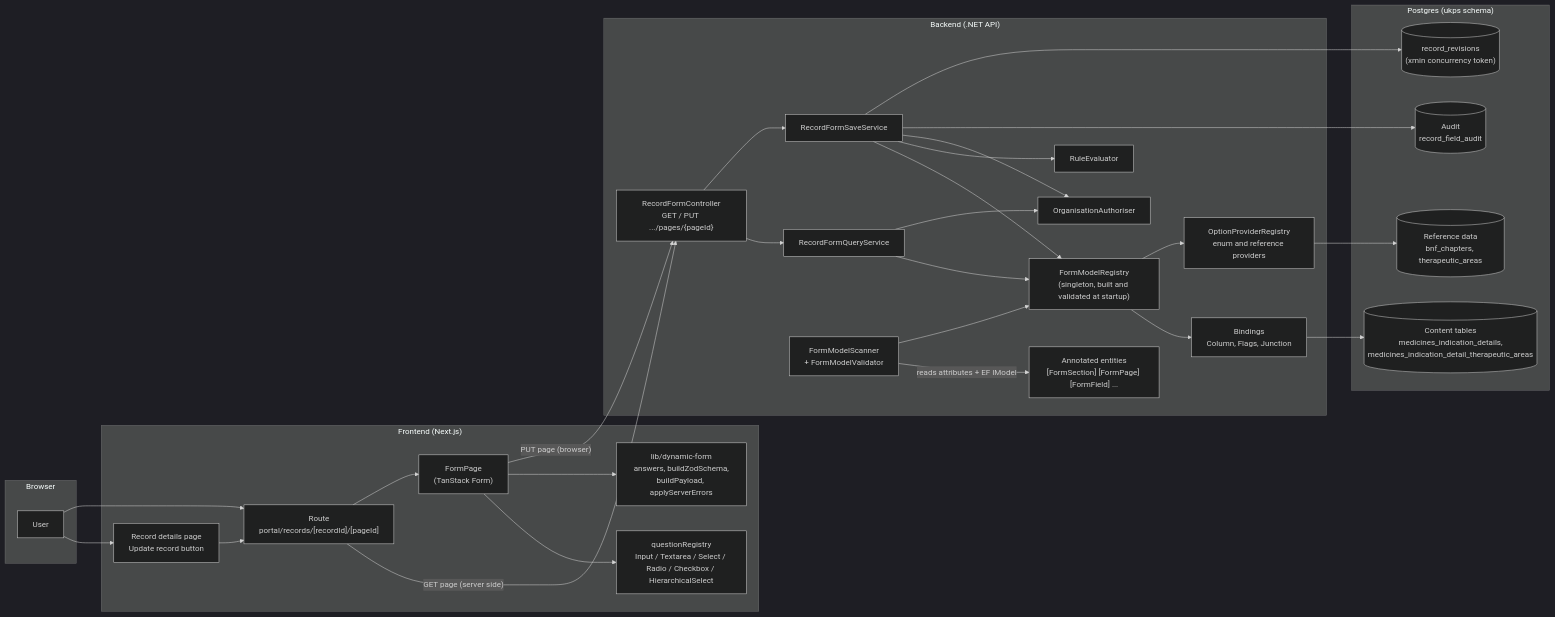
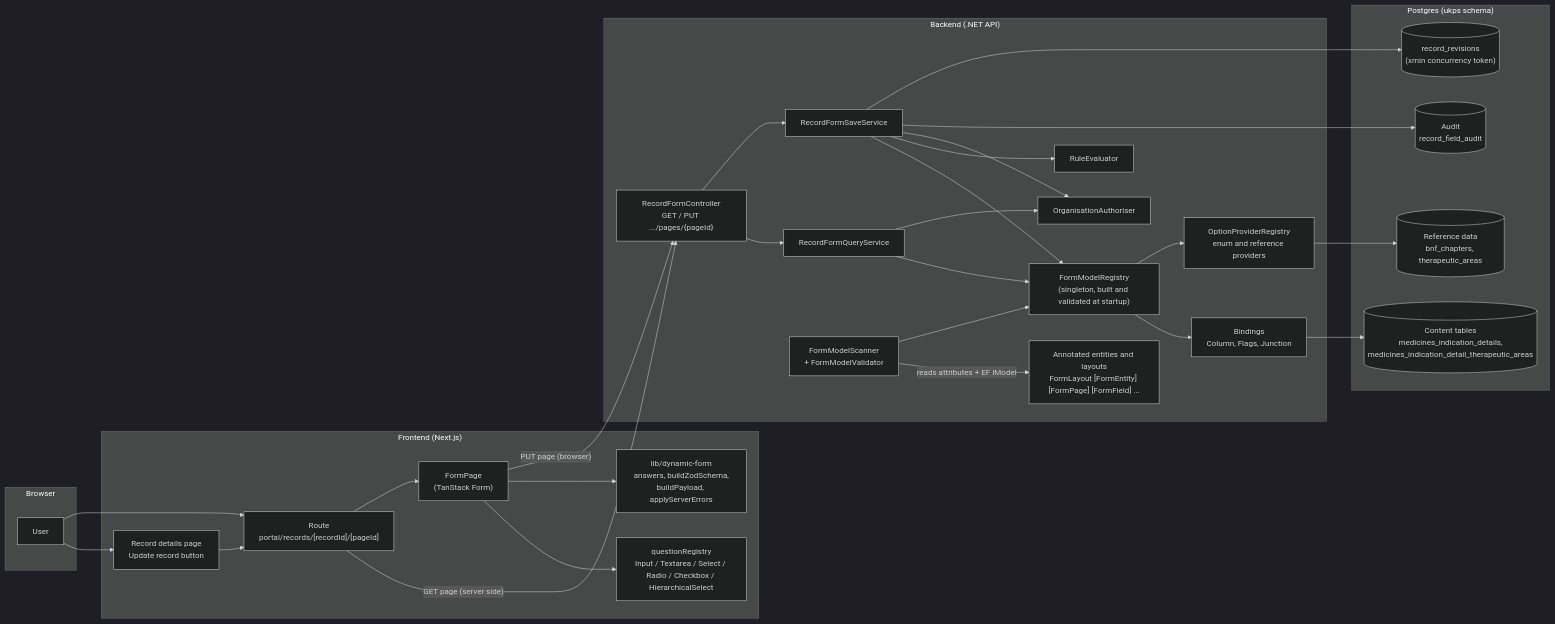
Before and after one commit to ditnice/aws-UKPS: the first of 6 diagrams in documentation/form-generation/high-level-design.md, drawn with Mermaid (dark theme). The commit also changed other lines of this file and 39 other files, not shown here.

Commit message:
Declare form sections and tasks once in a FormLayout and give [FormPage] a task, replacing [FormSection] and [FormTask]

````diff
--- a/documentation/form-generation/high-level-design.md
+++ b/documentation/form-generation/high-level-design.md
@@ -93,57 +89,57 @@
 ```mermaid
 flowchart LR
     subgraph Browser
         U[User]
     end
 
     subgraph Frontend["Frontend (Next.js)"]
         R["Route<br/>portal/records/[recordId]/[pageId]"]
         FP["FormPage<br/>(TanStack Form)"]
         QR["questionRegistry<br/>Input / Textarea / Select / Radio / Checkbox / HierarchicalSelect"]
         DF["lib/dynamic-form<br/>answers, buildZodSchema,<br/>buildPayload, applyServerErrors"]
         RT["Record details page<br/>Update record button"]
     end
 
     subgraph Backend["Backend (.NET API)"]
         C["RecordFormController<br/>GET / PUT .../pages/{pageId}"]
         Q[RecordFormQueryService]
         S[RecordFormSaveService]
         RE[RuleEvaluator]
         REG["FormModelRegistry<br/>(singleton, built and validated at startup)"]
         SC["FormModelScanner<br/>+ FormModelValidator"]
-        ENT["Annotated entities<br/>[FormSection] [FormPage] [FormField] ..."]
+        ENT["Annotated entities and layouts<br/>FormLayout [FormEntity] [FormPage] [FormField] ..."]
         B["Bindings<br/>Column, Flags, Junction"]
         O["OptionProviderRegistry<br/>enum and reference providers"]
         A[OrganisationAuthoriser]
     end
 
     subgraph DB["Postgres (ukps schema)"]
         T[("Content tables<br/>medicines_indication_details,<br/>medicines_indication_detail_therapeutic_areas")]
         RD[("Reference data<br/>bnf_chapters, therapeutic_areas")]
         AU[("Audit<br/>record_field_audit")]
         RV[("record_revisions<br/>(xmin concurrency token)")]
     end
 
     U --> RT --> R
     U --> R
     R -- "GET page (server side)" --> C
     R --> FP
     FP --> QR
     FP --> DF
     FP -- "PUT page (browser)" --> C
     C --> Q
     C --> S
     Q --> REG
     S --> REG
     S --> RE
     SC -- "reads attributes + EF IModel" --> ENT
     SC --> REG
     REG --> B
     REG --> O
     Q --> A
     S --> A
     B --> T
     O --> RD
     S --> AU
     S --> RV
 ```
````
